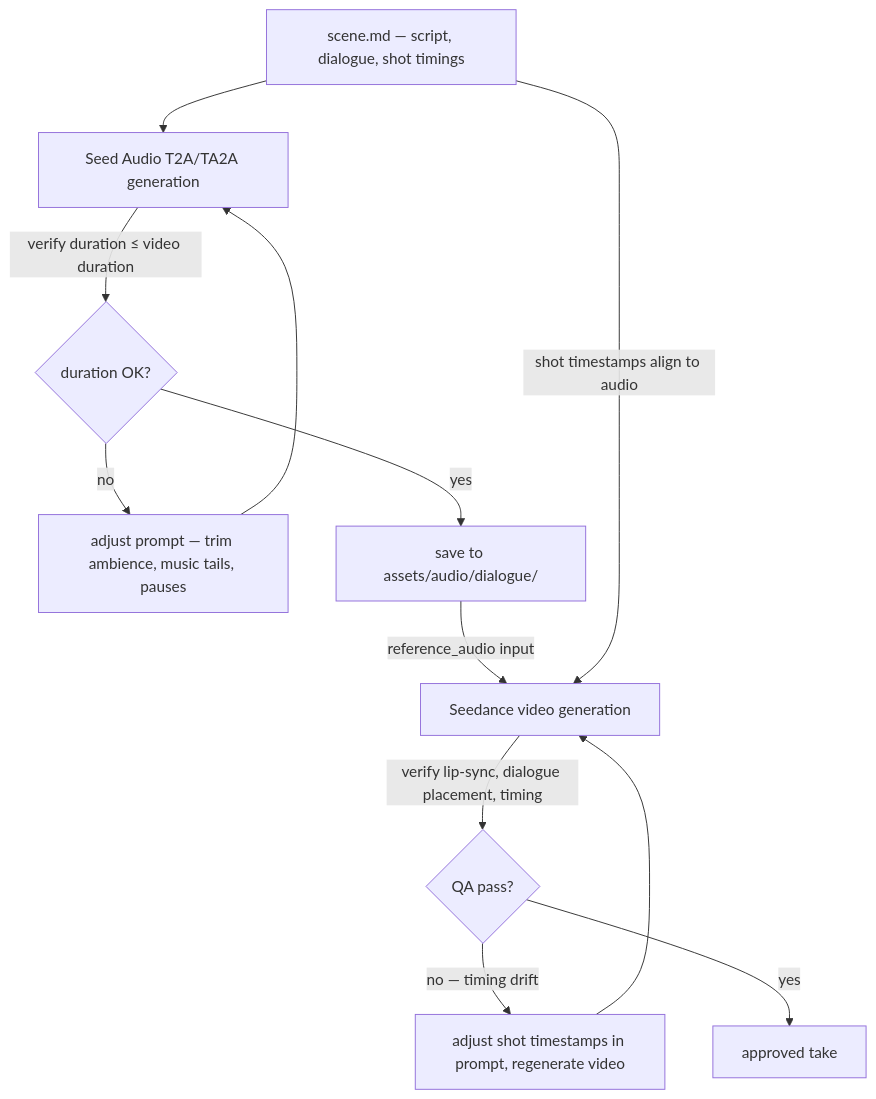
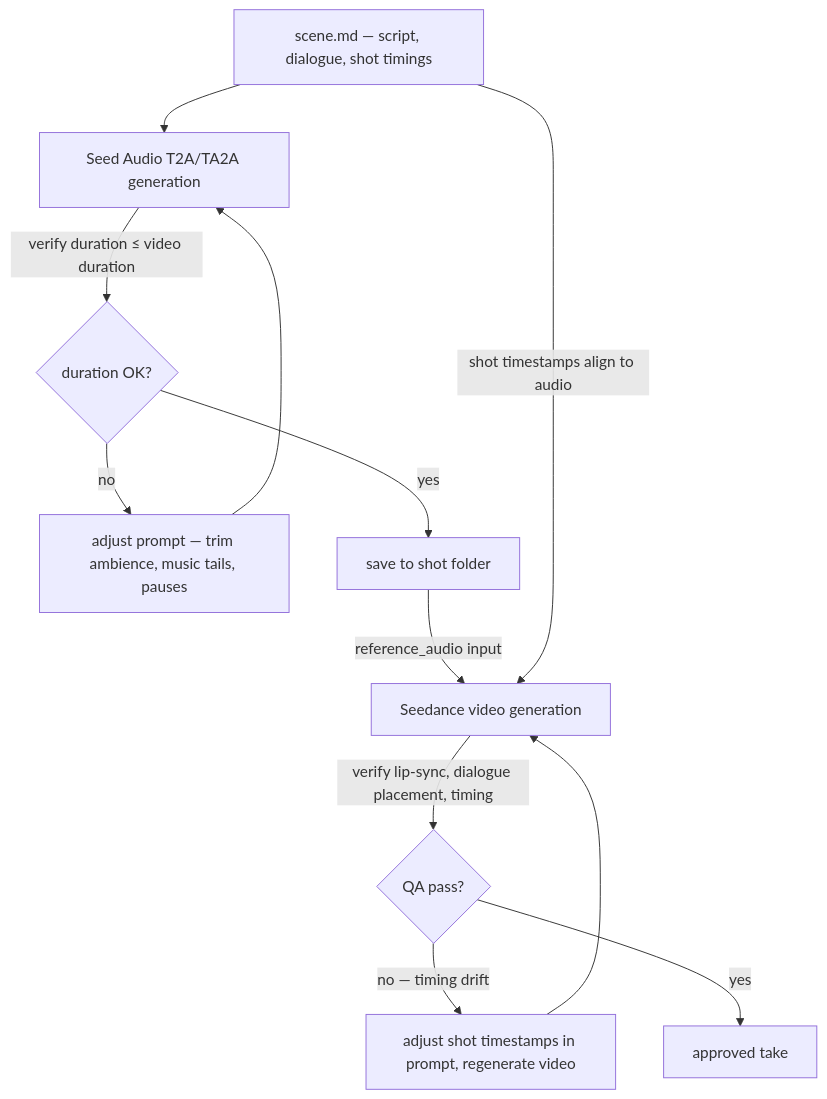
The third of 3 diagrams in AGENTS.md (ArthurReimus-ByteDance/ark-director), drawn with Mermaid before and after one commit. The commit also changed other lines of this file and 4 other files, not shown here.

````diff
--- a/AGENTS.md
+++ b/AGENTS.md
@@ -264,14 +249,14 @@
 ```mermaid
 flowchart TD
   SCENE[scene.md — script, dialogue, shot timings] --> AUDIO[Seed Audio T2A/TA2A generation]
   AUDIO -->|verify duration ≤ video duration| AOK{duration OK?}
   AOK -->|no| ADJ[adjust prompt — trim ambience, music tails, pauses]
   ADJ --> AUDIO
-  AOK -->|yes| ASAVE[save to assets/audio/dialogue/]
+  AOK -->|yes| ASAVE[save to shot folder]
   ASAVE -->|reference_audio input| SEED[Seedance video generation]
   SCENE -->|shot timestamps align to audio| SEED
   SEED -->|verify lip-sync, dialogue placement, timing| QA{QA pass?}
   QA -->|no — timing drift| ADJ2[adjust shot timestamps in prompt, regenerate video]
   ADJ2 --> SEED
   QA -->|yes| DONE[approved take]
 ```
````
